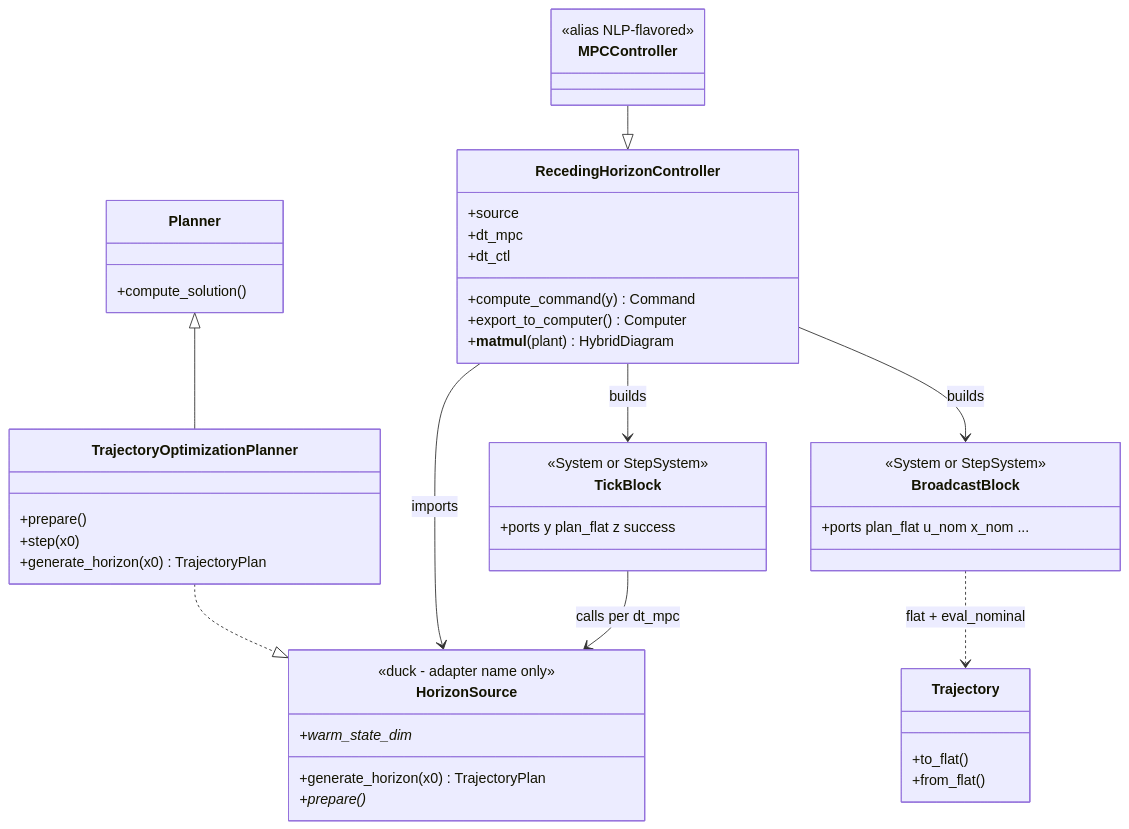
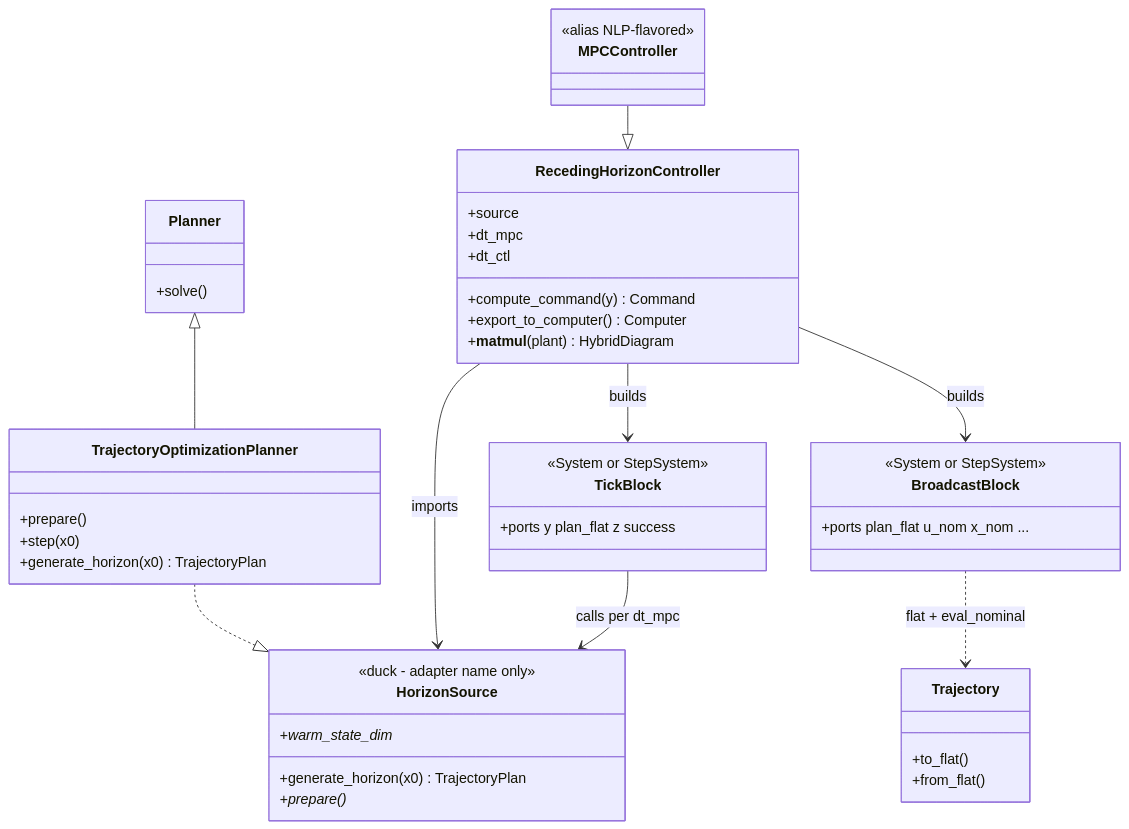
The second of 4 diagrams in docs/plans/mpc-controller-architecture.md (alx87grd/minilink), drawn with Mermaid before and after one commit. The commit also changed other lines of this file and 67 other files, not shown here.

````diff
--- a/docs/plans/mpc-controller-architecture.md
+++ b/docs/plans/mpc-controller-architecture.md
@@ -528,49 +528,49 @@
 ```mermaid
 classDiagram
   class Planner {
-    +compute_solution()
+    +solve()
   }
   class TrajectoryOptimizationPlanner {
     +prepare()
     +step(x0)
     +generate_horizon(x0) TrajectoryPlan
   }
   class HorizonSource {
     <<duck - adapter name only>>
     +generate_horizon(x0) TrajectoryPlan
     +prepare()*
     +warm_state_dim*
   }
   class RecedingHorizonController {
     +source
     +dt_mpc
     +dt_ctl
     +compute_command(y) Command
     +export_to_computer() Computer
     +__matmul__(plant) HybridDiagram
   }
   class MPCController {
     <<alias NLP-flavored>>
   }
   class TickBlock {
     <<System or StepSystem>>
     +ports y plan_flat z success
   }
   class BroadcastBlock {
     <<System or StepSystem>>
     +ports plan_flat u_nom x_nom ...
   }
   class Trajectory {
     +to_flat()
     +from_flat()
   }
 
   Planner <|-- TrajectoryOptimizationPlanner
   TrajectoryOptimizationPlanner ..|> HorizonSource
   RecedingHorizonController --> HorizonSource : imports
   MPCController --|> RecedingHorizonController
   RecedingHorizonController --> TickBlock : builds
   RecedingHorizonController --> BroadcastBlock : builds
   TickBlock --> HorizonSource : calls per dt_mpc
   BroadcastBlock ..> Trajectory : flat + eval_nominal
 ```
````
